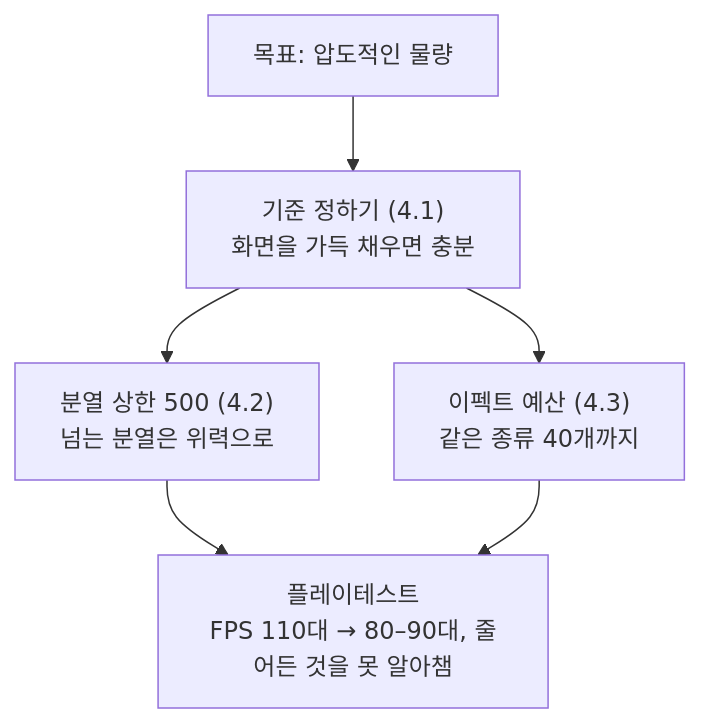
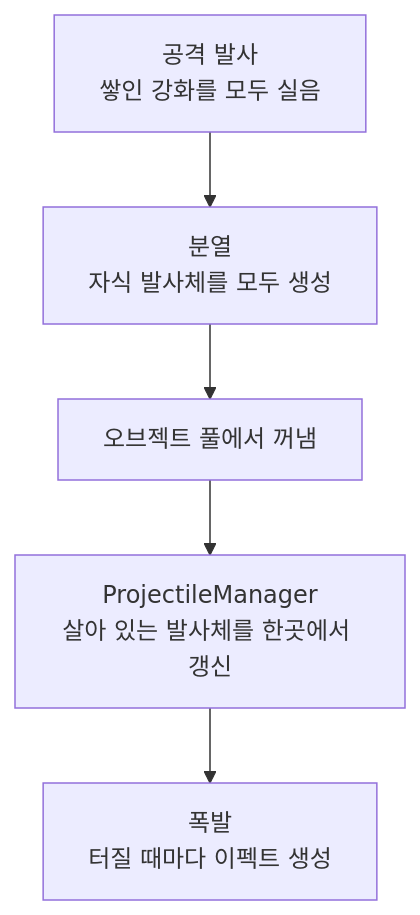
The sixth of 13 diagrams in src/03-MagiCard/프로젝트문서.md (SaGiKun4/portfolio-SaGiKun4), drawn with Mermaid before and after one commit. The commit also changed other lines of this file and 89 other files, not shown here.

````diff
--- a/src/03-MagiCard/프로젝트문서.md
+++ b/src/03-MagiCard/프로젝트문서.md
@@ -385,8 +327,7 @@
 ```mermaid
-flowchart TB
-    A["목표: 압도적인 물량"] --> B["기준 정하기 (4.1)<br/>화면을 가득 채우면 충분"]
-    B --> C["분열 상한 500 (4.2)<br/>넘는 분열은 위력으로"]
-    B --> D["이펙트 예산 (4.3)<br/>같은 종류 40개까지"]
-    C --> E["플레이테스트<br/>FPS 110대 → 80–90대, 줄어든 것을 못 알아챔"]
-    D --> E
+flowchart TD
+    A["공격 발사<br/>쌓인 강화를 모두 실음"] --> B["분열<br/>자식 발사체를 모두 생성"]
+    B --> C["오브젝트 풀에서 꺼냄"]
+    C --> D["ProjectileManager<br/>살아 있는 발사체를 한곳에서 갱신"]
+    D --> E["폭발<br/>터질 때마다 이펙트 생성"]
 ```
````
